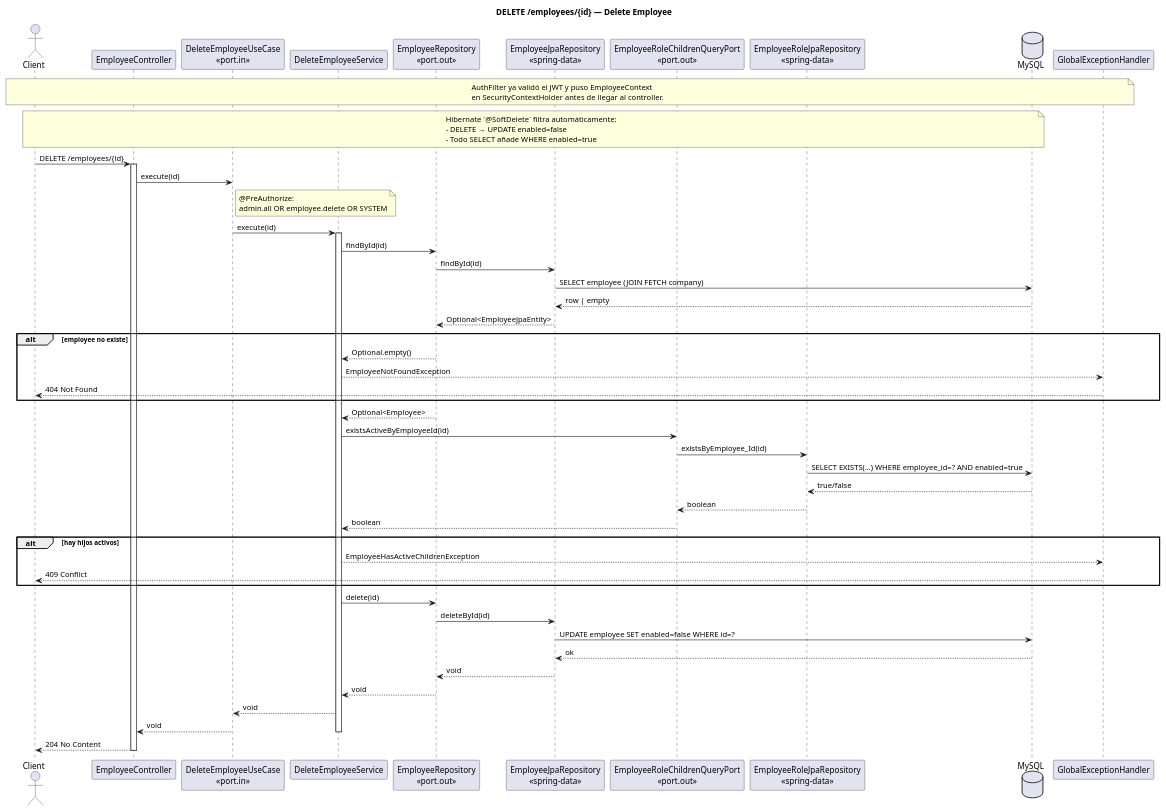
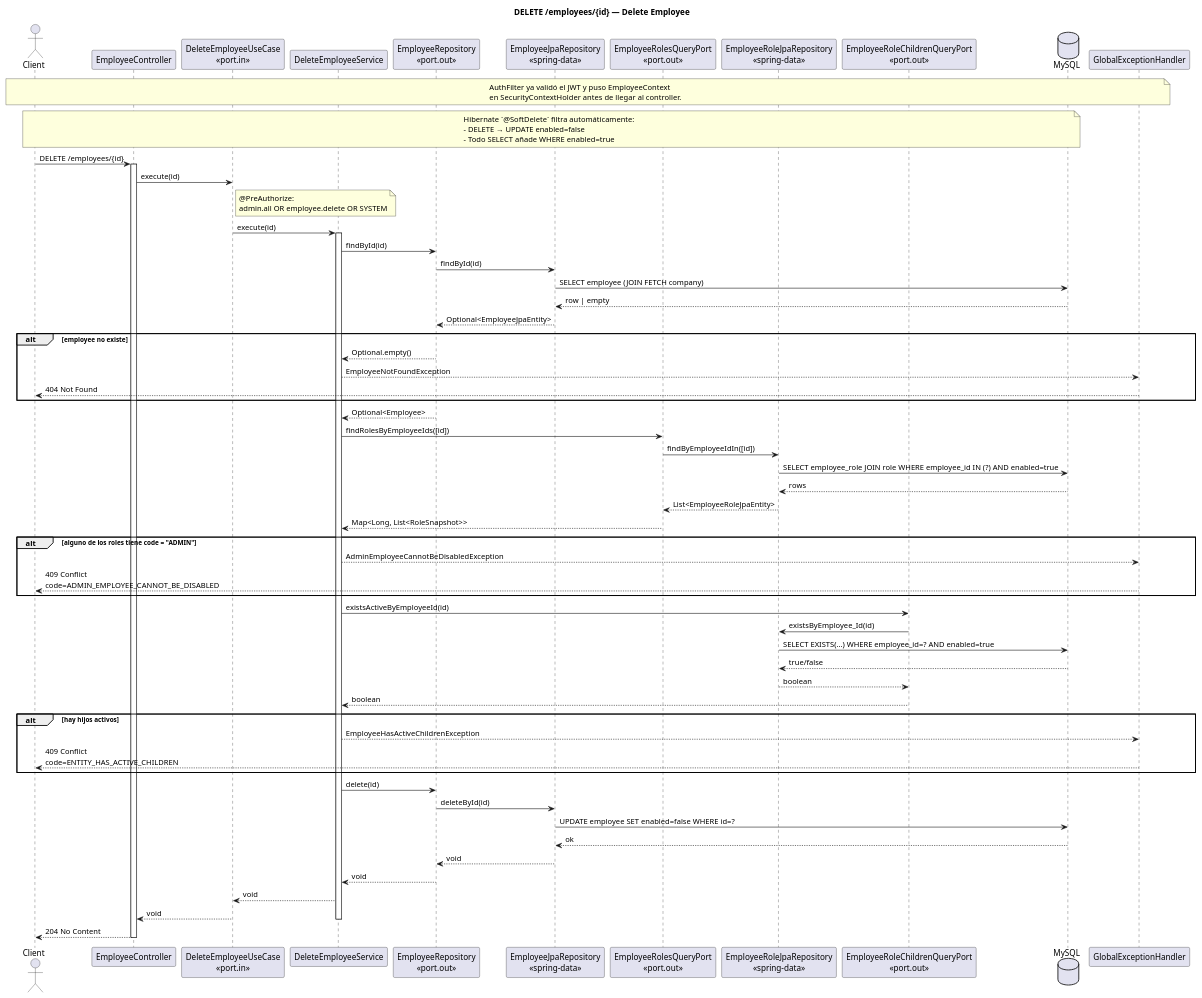
The diagram in uml/sequenceDiagram/employee/delete.puml (kefaroTech/vetsoftware-backend), drawn with PlantUML before and after one commit. The commit also changed 5 other files, not shown here.

First line of the commit message:
:lock: feat(employee): proteccion ADMIN al desactivar + permisos granulares roles

```diff
--- a/uml/sequenceDiagram/employee/delete.puml
+++ b/uml/sequenceDiagram/employee/delete.puml
@@ -1,74 +1,86 @@
 @startuml employee_delete
 title DELETE /employees/{id} — Delete Employee
 
 actor Client
 participant "EmployeeController" as Controller
 participant "DeleteEmployeeUseCase\n<<port.in>>" as UseCase
 participant "DeleteEmployeeService" as Service
 participant "EmployeeRepository\n<<port.out>>" as Repo
 participant "EmployeeJpaRepository\n<<spring-data>>" as JpaRepo
+participant "EmployeeRolesQueryPort\n<<port.out>>" as RolesPort
+participant "EmployeeRoleJpaRepository\n<<spring-data>>" as RoleJpaRepo
 participant "EmployeeRoleChildrenQueryPort\n<<port.out>>" as ChildrenPort
-participant "EmployeeRoleJpaRepository\n<<spring-data>>" as ChildJpaRepo
 database "MySQL" as DB
 participant "GlobalExceptionHandler" as GEH
 
 note over Client, GEH
   AuthFilter ya validó el JWT y puso EmployeeContext
   en SecurityContextHolder antes de llegar al controller.
 end note
 
 note over Client, DB
   Hibernate `@SoftDelete` filtra automáticamente:
   - DELETE → UPDATE enabled=false
   - Todo SELECT añade WHERE enabled=true
 end note
 
 Client -> Controller : DELETE /employees/{id}
 activate Controller
 
 Controller -> UseCase : execute(id)
 note right of UseCase
   @PreAuthorize:
   admin.all OR employee.delete OR SYSTEM
 end note
 UseCase -> Service : execute(id)
 activate Service
 
 Service -> Repo : findById(id)
 Repo -> JpaRepo : findById(id)
 JpaRepo -> DB : SELECT employee (JOIN FETCH company)
 DB --> JpaRepo : row | empty
 JpaRepo --> Repo : Optional<EmployeeJpaEntity>
 alt employee no existe
   Repo --> Service : Optional.empty()
   Service --> GEH : EmployeeNotFoundException
   GEH --> Client : 404 Not Found
 end
 Repo --> Service : Optional<Employee>
 
+Service -> RolesPort : findRolesByEmployeeIds([id])
+RolesPort -> RoleJpaRepo : findByEmployeeIdIn([id])
+RoleJpaRepo -> DB : SELECT employee_role JOIN role WHERE employee_id IN (?) AND enabled=true
+DB --> RoleJpaRepo : rows
+RoleJpaRepo --> RolesPort : List<EmployeeRoleJpaEntity>
+RolesPort --> Service : Map<Long, List<RoleSnapshot>>
+alt alguno de los roles tiene code = "ADMIN"
+  Service --> GEH : AdminEmployeeCannotBeDisabledException
+  GEH --> Client : 409 Conflict\ncode=ADMIN_EMPLOYEE_CANNOT_BE_DISABLED
+end
+
 Service -> ChildrenPort : existsActiveByEmployeeId(id)
-ChildrenPort -> ChildJpaRepo : existsByEmployee_Id(id)
-ChildJpaRepo -> DB : SELECT EXISTS(...) WHERE employee_id=? AND enabled=true
-DB --> ChildJpaRepo : true/false
-ChildJpaRepo --> ChildrenPort : boolean
+ChildrenPort -> RoleJpaRepo : existsByEmployee_Id(id)
+RoleJpaRepo -> DB : SELECT EXISTS(...) WHERE employee_id=? AND enabled=true
+DB --> RoleJpaRepo : true/false
+RoleJpaRepo --> ChildrenPort : boolean
 ChildrenPort --> Service : boolean
 alt hay hijos activos
   Service --> GEH : EmployeeHasActiveChildrenException
-  GEH --> Client : 409 Conflict
+  GEH --> Client : 409 Conflict\ncode=ENTITY_HAS_ACTIVE_CHILDREN
 end
 
 Service -> Repo : delete(id)
 Repo -> JpaRepo : deleteById(id)
 JpaRepo -> DB : UPDATE employee SET enabled=false WHERE id=?
 DB --> JpaRepo : ok
 JpaRepo --> Repo : void
 Repo --> Service : void
 
 Service --> UseCase : void
 UseCase --> Controller : void
 deactivate Service
 
 Controller --> Client : 204 No Content
 deactivate Controller
 
 @enduml
```
